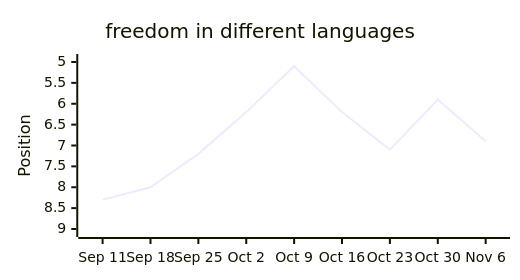
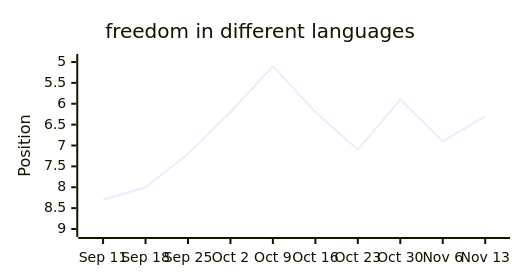
Before and after one commit to langx/website: diagram 11 of 13 in latest.md, drawn with Mermaid. The commit also changed other lines of this file and 2 other files, not shown here.

````diff
--- a/latest.md
+++ b/latest.md
@@ -170,13 +170,13 @@
 ```mermaid
 ---
 config:
   xyChart:
     width: 500
     height: 260
 ---
 xychart-beta
   title "freedom in different languages"
-  x-axis ["Sep 11", "Sep 18", "Sep 25", "Oct 2", "Oct 9", "Oct 16", "Oct 23", "Oct 30", "Nov 6"]
+  x-axis ["Sep 11", "Sep 18", "Sep 25", "Oct 2", "Oct 9", "Oct 16", "Oct 23", "Oct 30", "Nov 6", "Nov 13"]
   y-axis "Position" 9 --> 5
-  line [8.3, 8, 7.2, 6.2, 5.1, 6.2, 7.1, 5.9, 6.9]
+  line [8.3, 8, 7.2, 6.2, 5.1, 6.2, 7.1, 5.9, 6.9, 6.3]
 ```
````
